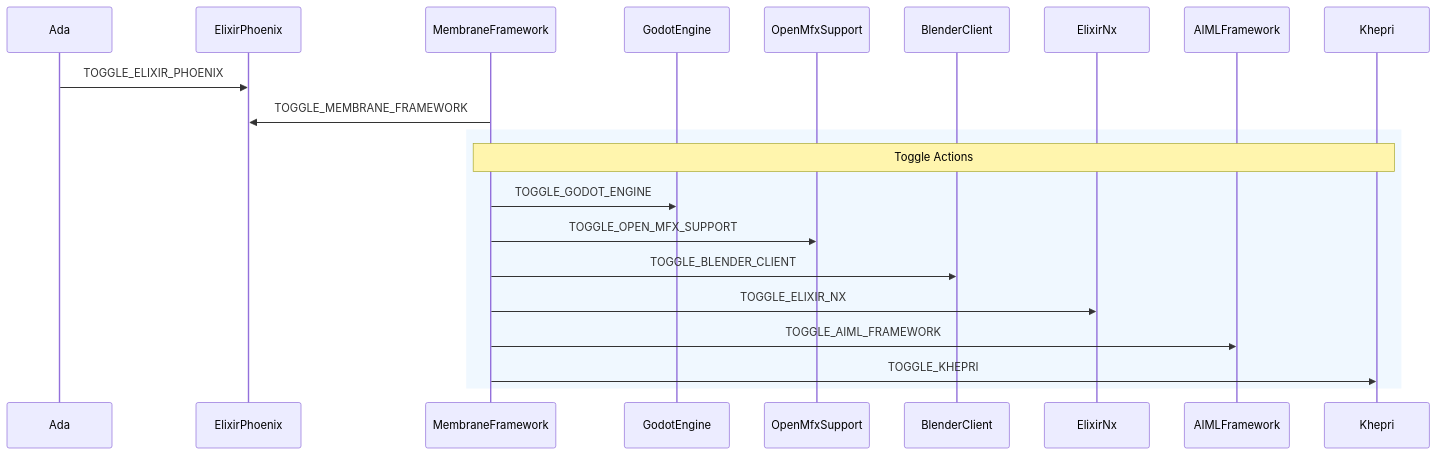
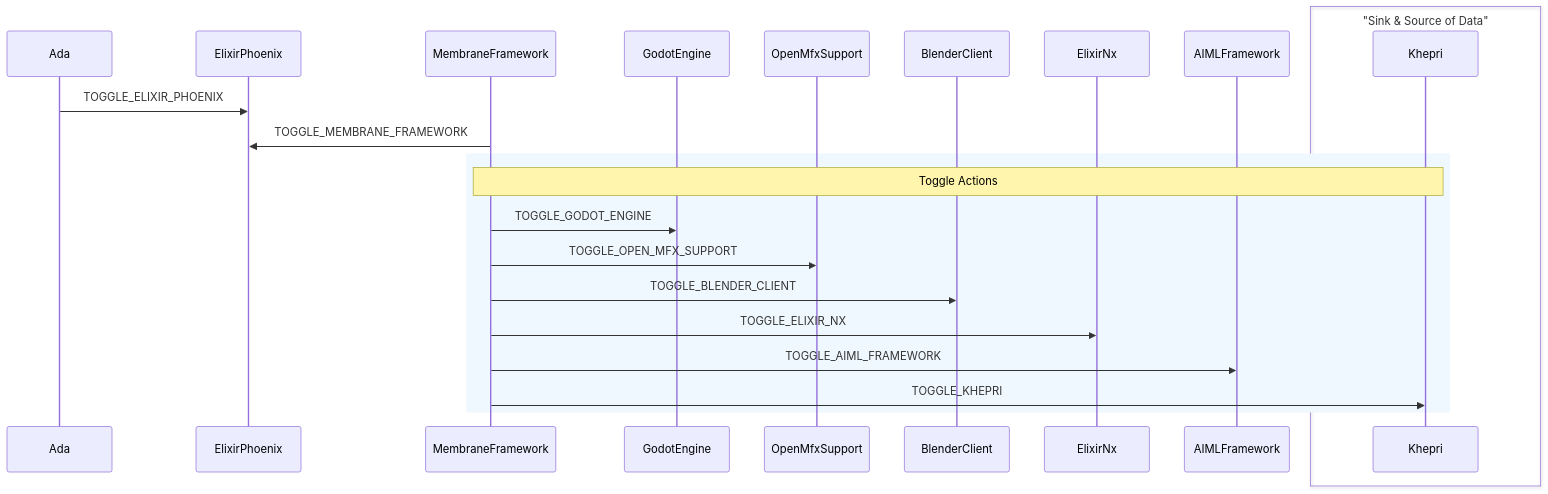
One commit to V-Sekai/manuals changed the diagram in decisions/20230618-membrane-framework-for-mesh-processing.md. Above: the diagram before and after it, drawn with Mermaid.

````diff
--- a/decisions/20230618-membrane-framework-for-mesh-processing.md
+++ b/decisions/20230618-membrane-framework-for-mesh-processing.md
@@ -21,25 +21,29 @@
 ```mermaid
 sequenceDiagram
   participant Ada
   participant ElixirPhoenix
   participant MembraneFramework
   participant GodotEngine
   participant OpenMfxSupport
   participant BlenderClient
   participant ElixirNx
   participant AIMLFramework
   participant Khepri
 
   Ada->>ElixirPhoenix: TOGGLE_ELIXIR_PHOENIX
   MembraneFramework->>ElixirPhoenix: TOGGLE_MEMBRANE_FRAMEWORK
 
   rect rgb(240, 248, 255)
     note over MembraneFramework, Khepri: Toggle Actions
     MembraneFramework->>GodotEngine: TOGGLE_GODOT_ENGINE
     MembraneFramework->>OpenMfxSupport: TOGGLE_OPEN_MFX_SUPPORT
     MembraneFramework->>BlenderClient: TOGGLE_BLENDER_CLIENT
     MembraneFramework->>ElixirNx: TOGGLE_ELIXIR_NX
     MembraneFramework->>AIMLFramework: TOGGLE_AIML_FRAMEWORK
     MembraneFramework->>Khepri: TOGGLE_KHEPRI
   end
+
+  box "Sink & Source of Data" #FFCCCC
+    participant Khepri
+  end
 ```
````
